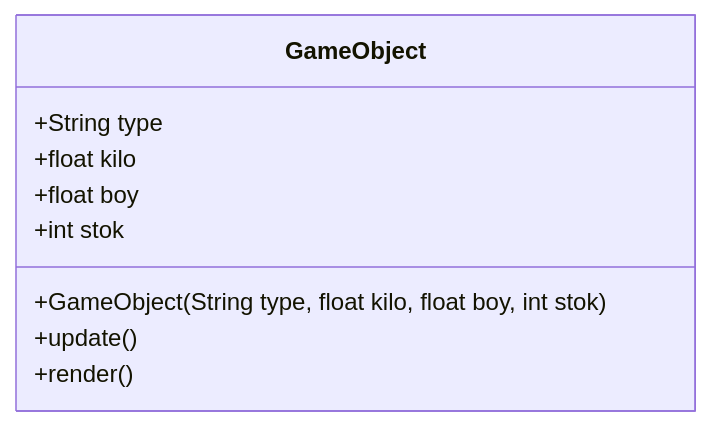
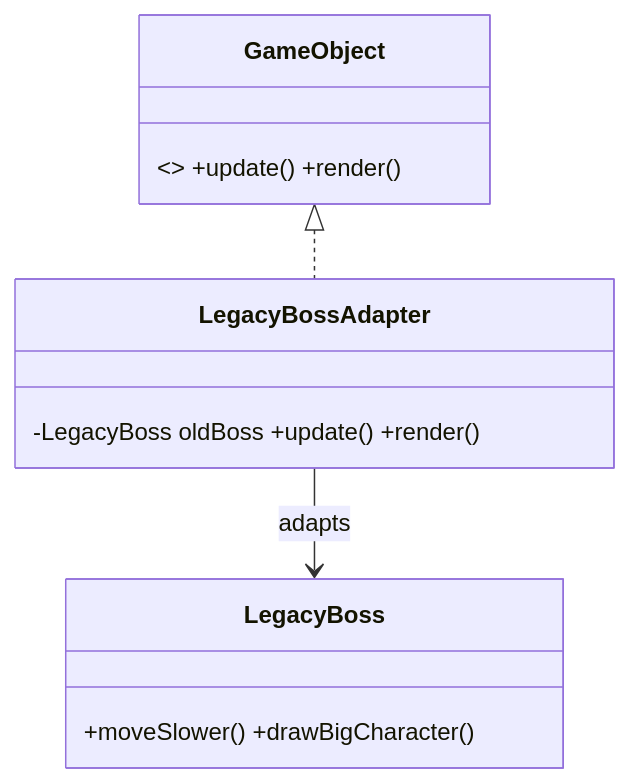
One commit to gorkem535/Yazilim_Tasarim_-r-nt-leri_Project changed the first of 3 diagrams in PATTERNS.md. Above: the diagram before and after it, drawn with Mermaid. The commit also changed other lines of this file, not shown here.

````diff
--- a/PATTERNS.md
+++ b/PATTERNS.md
@@ -12,12 +20,8 @@
 ```mermaid
 classDiagram
-    class GameObject {
-        +String type
-        +float kilo
-        +float boy
-        +int stok
-        +GameObject(String type, float kilo, float boy, int stok)
-        +update()
-        +render()
-    }
+    class GameObject { <<interface>> +update() +render() }
+    class LegacyBoss { +moveSlower() +drawBigCharacter() }
+    class LegacyBossAdapter { -LegacyBoss oldBoss +update() +render() }
+    GameObject <|.. LegacyBossAdapter
+    LegacyBossAdapter --> LegacyBoss : adapts
 ```
````
